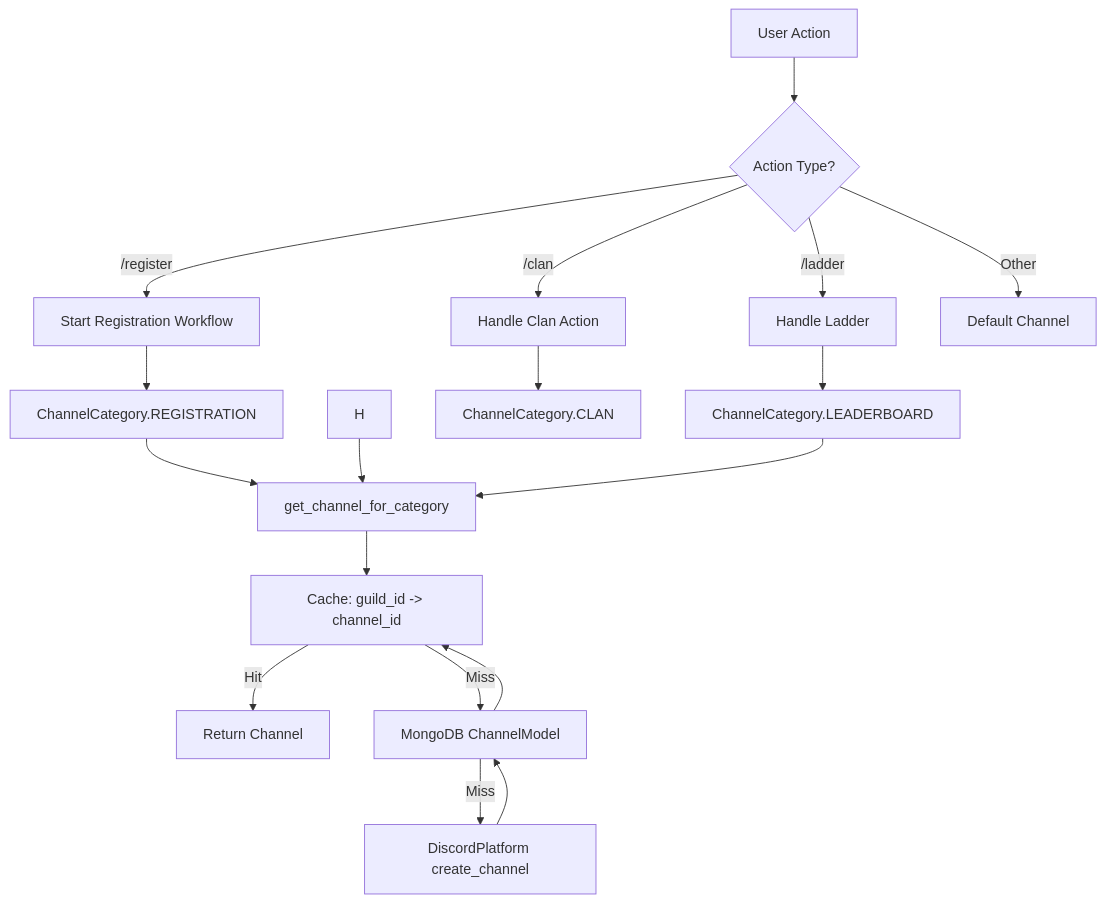
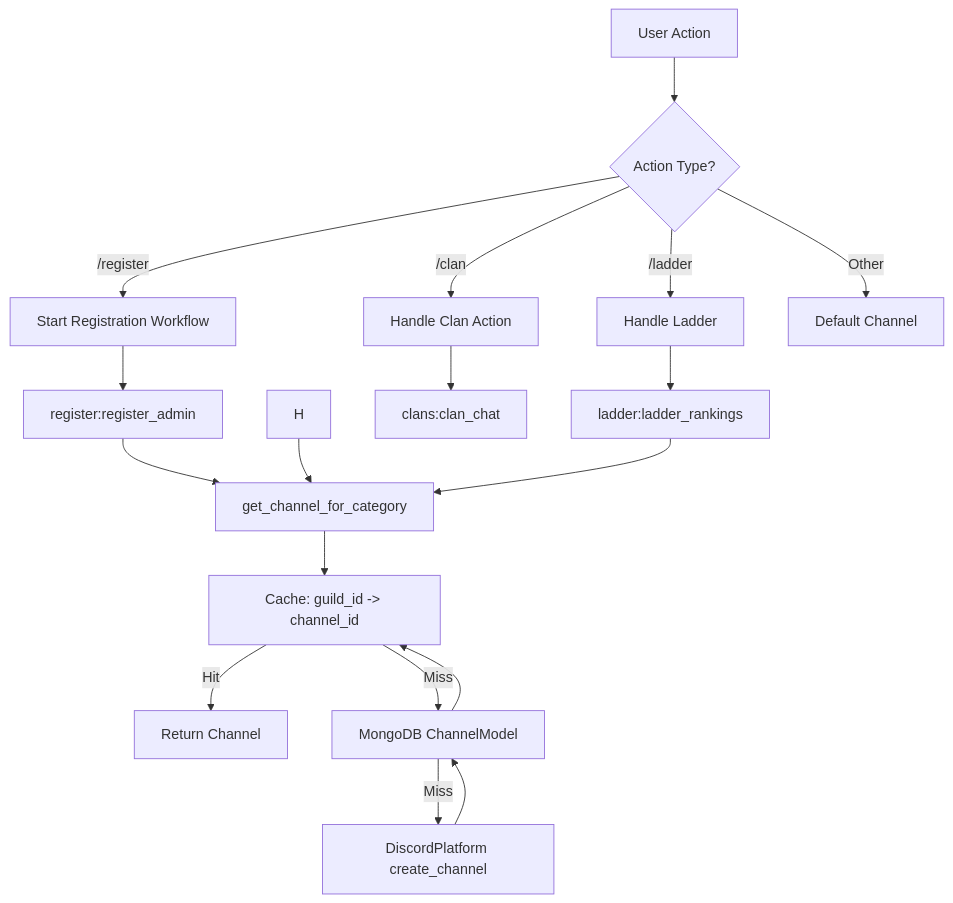
Before and after one commit to merlin-pinpin-org/kingdoms: the fourth of 6 diagrams in docs/WORKFLOWS.md, drawn with Mermaid. The commit also changed other lines of this file and 12 other files, not shown here.

First line of the commit message:
docs: GHCR images, mandatory backups and rollback in infra architecture (#41)

````diff
--- a/docs/WORKFLOWS.md
+++ b/docs/WORKFLOWS.md
@@ -176,23 +176,23 @@
 ```mermaid
 flowchart TD
     A["User Action"] --> B{"Action Type?"}
     B -->|"/register"| C["Start Registration Workflow"]
     B -->|"/ladder"| E["Handle Ladder"]
     B -->|"/clan"| D2["Handle Clan Action"]
     B -->|"Other"| F["Default Channel"]
 
-    C --> G["ChannelCategory.REGISTRATION"]
-    E --> I["ChannelCategory.LEADERBOARD"]
-    D2 --> I2["ChannelCategory.CLAN"]
+    C --> G["register:register_admin"]
+    E --> I["ladder:ladder_rankings"]
+    D2 --> I2["clans:clan_chat"]
 
     G --> J["get_channel_for_category"]
     H --> J
     I --> J
 
     J --> K["Cache: guild_id -> channel_id"]
     K -->|"Hit"| L["Return Channel"]
     K -->|"Miss"| M["MongoDB ChannelModel"]
     M -->|"Miss"| N["DiscordPlatform create_channel"]
     N --> M
     M --> K
 ```
````
